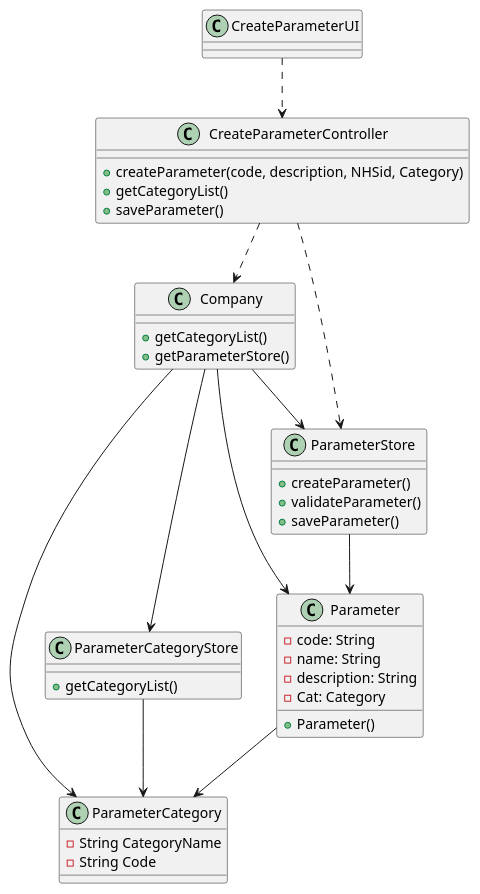
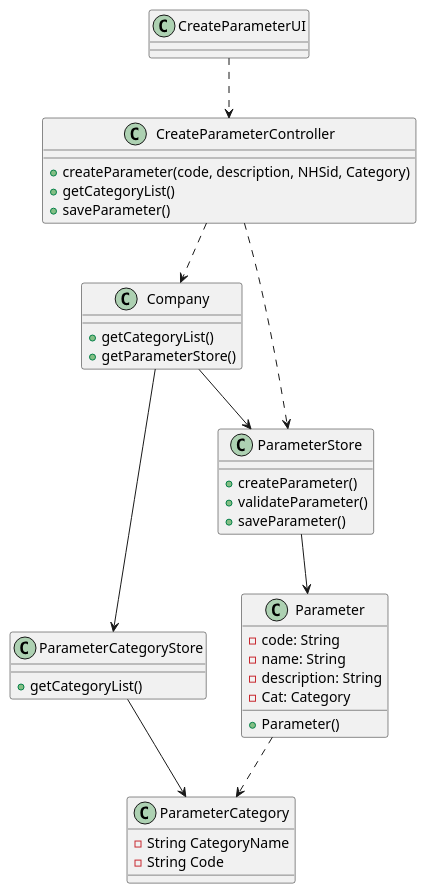
The diagram in docs/SprintB/US10/US10_CD.puml (MarianaCLages/LAPR2), drawn with PlantUML before and after one commit. The commit also changed 22 other files, not shown here.

```diff
--- a/docs/SprintB/US10/US10_CD.puml
+++ b/docs/SprintB/US10/US10_CD.puml
@@ -1,55 +1,55 @@
 @startuml
 
 class ParameterCategory {
   -String CategoryName
   -String Code
 }
 
 class Company{
 +getCategoryList()
 +getParameterStore()
 }
 
 class CreateParameterController {
 +createParameter(code, description, NHSid, Category)
 +getCategoryList()
 +saveParameter()
 }
 
 class CreateParameterUI{
 }
 
 class ParameterCategoryStore{
 +getCategoryList()
 }
 
 class ParameterStore{
 +createParameter()
 +validateParameter()
 +saveParameter()
 }
 
 class Parameter{
 -code: String
 -name: String
 -description: String
 -Cat: Category
 +Parameter()
 }
 
 CreateParameterUI ..> CreateParameterController
 
 CreateParameterController ..> Company
 CreateParameterController ..> ParameterStore
 
 Company --> ParameterCategoryStore
 Company --> ParameterStore
 
 ParameterStore --> Parameter
 
 ParameterCategoryStore --> ParameterCategory
 
-Company --> Parameter
-Company --> ParameterCategory
-Parameter  -->  ParameterCategory
+
+
+Parameter  ..>  ParameterCategory
 @enduml
```
